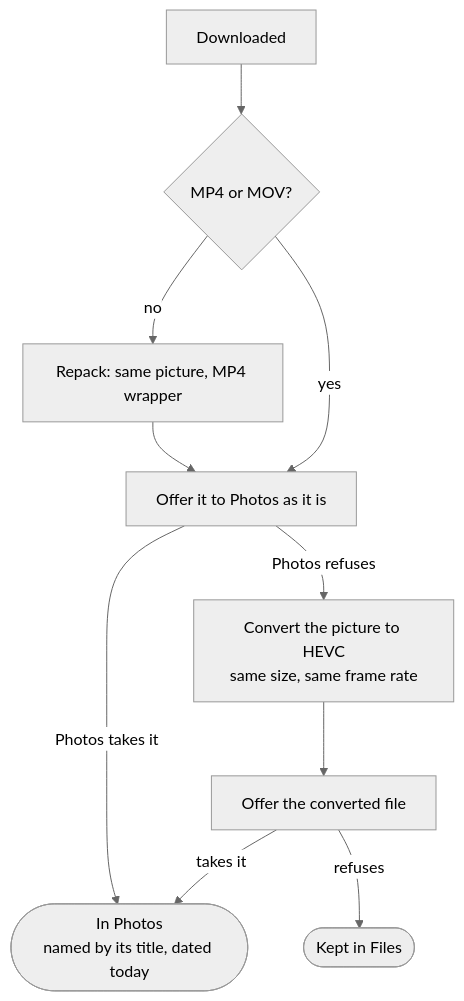
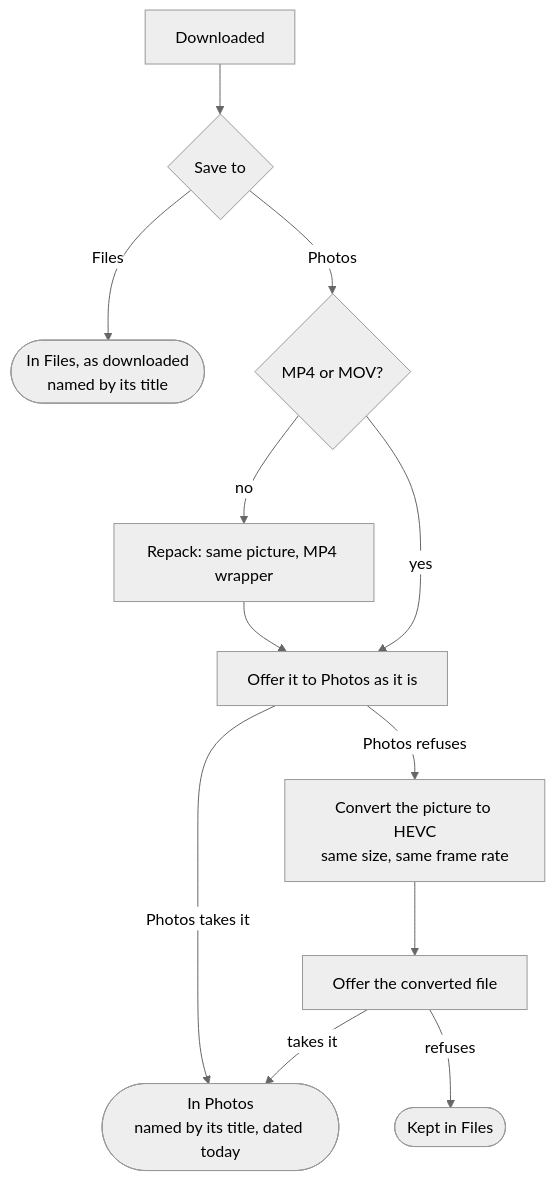
Before and after one commit to TheKfcBandit/UMDL: the third of 3 diagrams in docs/BEHAVIOR.md, drawn with Mermaid (neutral theme). The commit also changed other lines of this file and 15 other files, not shown here.

````diff
--- a/docs/BEHAVIOR.md
+++ b/docs/BEHAVIOR.md
@@ -164,11 +215,13 @@
 ```mermaid
 flowchart TD
-    D["Downloaded"] --> W{"MP4 or MOV?"}
+    D["Downloaded"] --> X{"Save to"}
+    X -- "Files" --> FF(["In Files, as downloaded<br/>named by its title"])
+    X -- "Photos" --> W{"MP4 or MOV?"}
     W -- "no" --> R["Repack: same picture, MP4 wrapper"] --> T
     W -- "yes" --> T["Offer it to Photos as it is"]
     T -- "Photos takes it" --> S(["In Photos<br/>named by its title, dated today"])
     T -- "Photos refuses" --> C["Convert the picture to HEVC<br/>same size, same frame rate"]
     C --> T2["Offer the converted file"]
     T2 -- "takes it" --> S
     T2 -- "refuses" --> F(["Kept in Files"])
 ```
````
